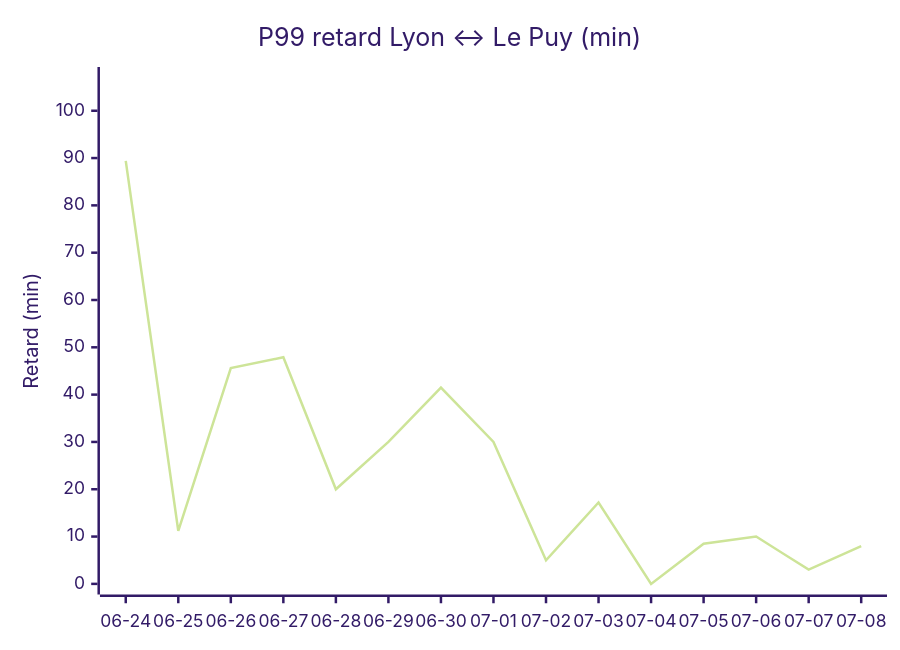
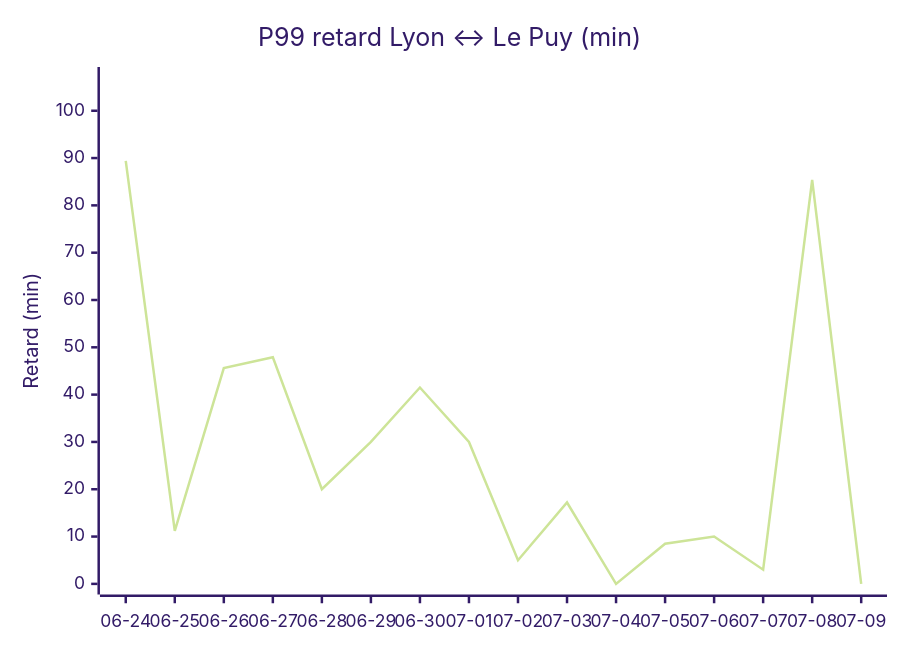
Before and after one commit to antoinerep/horaire-ter: the fourth of 4 diagrams in STATS.md, drawn with Mermaid (forest theme). The commit also changed other lines of this file and 1 other file, not shown here.

````diff
--- a/STATS.md
+++ b/STATS.md
@@ -97,7 +98,7 @@
 ```mermaid
 xychart-beta
     title "P99 retard Lyon ↔ Le Puy (min)"
-    x-axis ["06-24", "06-25", "06-26", "06-27", "06-28", "06-29", "06-30", "07-01", "07-02", "07-03", "07-04", "07-05", "07-06", "07-07", "07-08"]
+    x-axis ["06-24", "06-25", "06-26", "06-27", "06-28", "06-29", "06-30", "07-01", "07-02", "07-03", "07-04", "07-05", "07-06", "07-07", "07-08", "07-09"]
     y-axis "Retard (min)" 0 --> 107
-    line [89.4, 11.2, 45.6, 47.9, 20.0, 30.0, 41.5, 30.0, 5.0, 17.2, 0.0, 8.5, 10.0, 3.0, 8.0]
+    line [89.4, 11.2, 45.6, 47.9, 20.0, 30.0, 41.5, 30.0, 5.0, 17.2, 0.0, 8.5, 10.0, 3.0, 85.4, 0.0]
 ```
````
